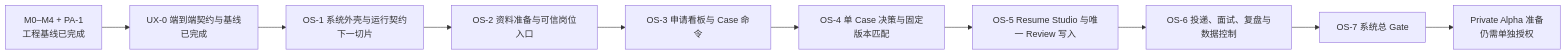
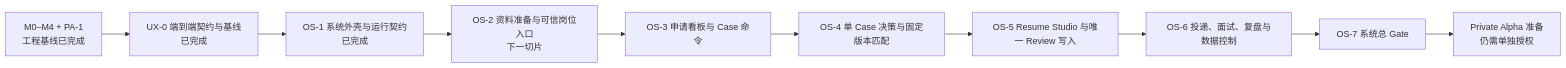
Before and after one commit to CodeVoyager21932/Aijob: the diagram in docs/06-mvp-roadmap.md, drawn with Mermaid. The commit also changed other lines of this file and 33 other files, not shown here.

```diff
--- a/docs/06-mvp-roadmap.md
+++ b/docs/06-mvp-roadmap.md
@@ -39,12 +41,12 @@
 ~~~mermaid
 flowchart LR
     B["M0–M4 + PA-1<br/>工程基线已完成"] --> U0["UX-0 端到端契约与基线<br/>已完成"]
-    U0 --> O1["OS-1 系统外壳与运行契约<br/>下一切片"]
-    O1 --> O2["OS-2 资料准备与可信岗位入口"]
+    U0 --> O1["OS-1 系统外壳与运行契约<br/>已完成"]
+    O1 --> O2["OS-2 资料准备与可信岗位入口<br/>下一切片"]
     O2 --> O3["OS-3 申请看板与 Case 命令"]
     O3 --> O4["OS-4 单 Case 决策与固定版本匹配"]
     O4 --> O5["OS-5 Resume Studio 与唯一 Review 写入"]
     O5 --> O6["OS-6 投递、面试、复盘与数据控制"]
     O6 --> O7["OS-7 系统总 Gate"]
     O7 --> P["Private Alpha 准备<br/>仍需单独授权"]
 ~~~
```
